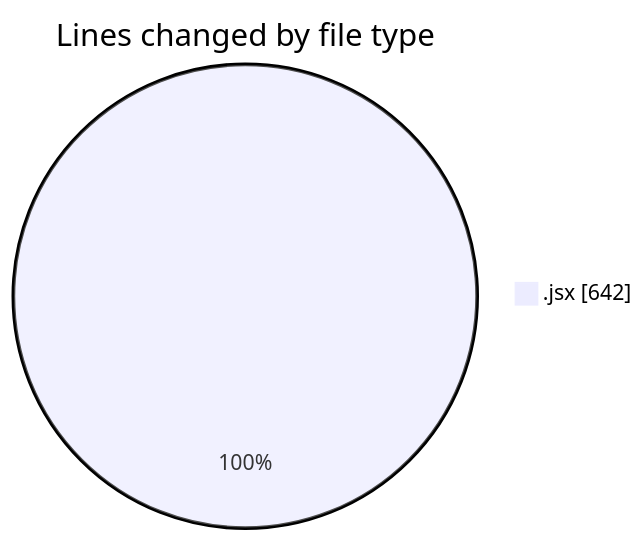
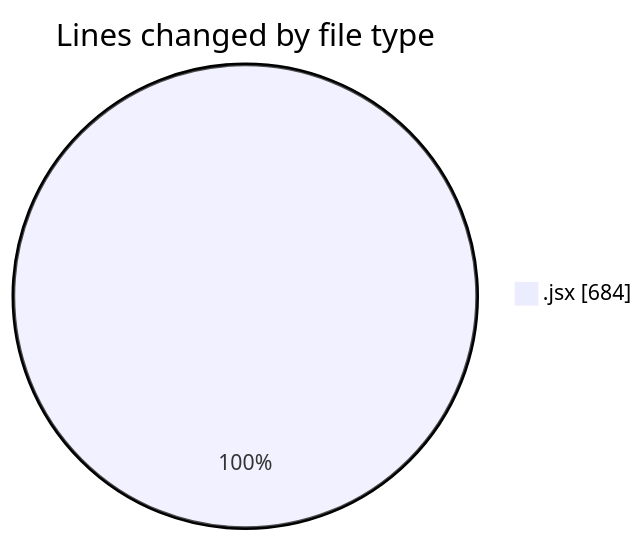
One commit to nxtqubesakshisongat/code-tracking changed the first of 2 diagrams in 2025-07-11/argos/README.md. Above: the diagram before and after it, drawn with Mermaid. The commit also changed other lines of this file and 1 other file, not shown here.

````diff
--- a/2025-07-11/argos/README.md
+++ b/2025-07-11/argos/README.md
@@ -22,5 +22,5 @@
 ```mermaid
 pie showData
 title Lines changed by file type
-".jsx" : 642
+".jsx" : 684
 ```
````
